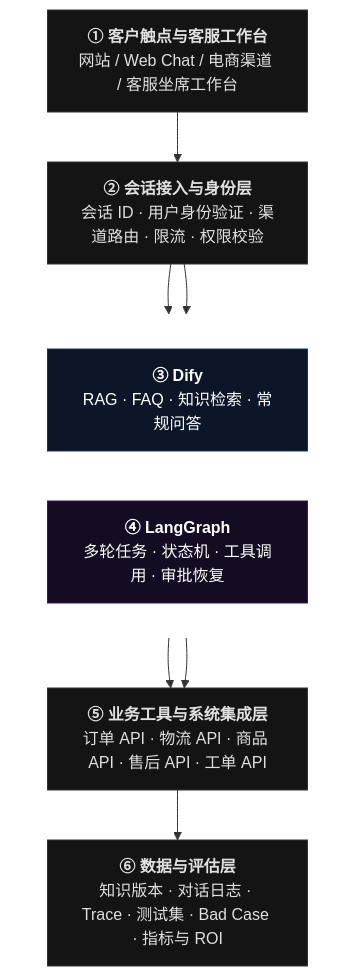
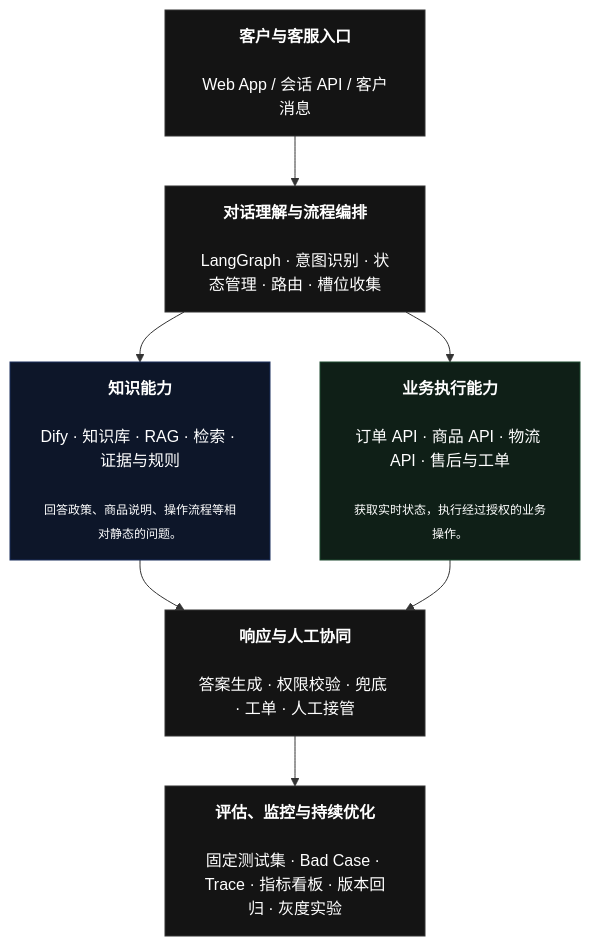
One commit to ArlesZhang/AICustomerService changed the first of 2 diagrams in README.md. Above: the diagram before and after it, drawn with Mermaid. The commit also changed other lines of this file and 11 other files, not shown here.

Commit message:
docs:add dir docs/roadmap/ as step by step plan of the project

````diff
--- a/README.md
+++ b/README.md
@@ -86,30 +88,25 @@
 ```mermaid
 flowchart TD
-    %% 统一样式定义
-    classDef default fill:#141414,stroke:#333333,stroke-width:1px,color:#e0e0e0;
-    classDef darkBlue fill:#0d1629,stroke:#1a2f5c,stroke-width:1px,color:#ffffff;
-    classDef darkPurple fill:#150b23,stroke:#381a5c,stroke-width:1px,color:#ffffff;
+    %% 基础样式：深色背景，浅色文字
+    classDef default fill:#141414,stroke:#333333,stroke-width:1px,color:#ffffff;
+    classDef blueBox fill:#0d1629,stroke:#1a2f5c,stroke-width:1px,color:#ffffff;
+    classDef greenBox fill:#0f1f17,stroke:#1f4a31,stroke-width:1px,color:#ffffff;
 
-    %% 节点定义
-    N1["<b>① 客户触点与客服工作台</b><br>网站 / Web Chat / 电商渠道 / 客服坐席工作台"]
-    N2["<b>② 会话接入与身份层</b><br>会话 ID · 用户身份验证 · 渠道路由 · 限流 · 权限校验"]
+    %% 节点与内容
+    N1["<b>客户与客服入口</b><br><br>Web App / 会话 API / 客户消息"]
+    N2["<b>对话理解与流程编排</b><br><br>LangGraph · 意图识别 · 状态管理 · 路由 · 槽位收集"]
     
-    %% 使用 subgraph 实现并排布局
-    subgraph ParallelLayer [" "]
-        direction LR
-        N3["<b>③ Dify</b><br>RAG · FAQ · 知识检索 · 常规问答"]:::darkBlue
-        N4["<b>④ LangGraph</b><br>多轮任务 · 状态机 · 工具调用 · 审批恢复"]:::darkPurple
-    end
-    style ParallelLayer fill:none,stroke:none
+    N3["<b>知识能力</b><br><br>Dify · 知识库 · RAG · 检索 · 证据与规则<br><br><span style='font-size:12px;color:#a0a0a0'>回答政策、商品说明、操作流程等相对静态的问题。</span>"]:::blueBox
+    N4["<b>业务执行能力</b><br><br>订单 API · 商品 API · 物流 API · 售后与工单<br><br><span style='font-size:12px;color:#a0a0a0'>获取实时状态，执行经过授权的业务操作。</span>"]:::greenBox
 
-    N5["<b>⑤ 业务工具与系统集成层</b><br>订单 API · 物流 API · 商品 API · 售后 API · 工单 API"]
-    N6["<b>⑥ 数据与评估层</b><br>知识版本 · 对话日志 · Trace · 测试集 · Bad Case · 指标与 ROI"]
+    N5["<b>响应与人工协同</b><br><br>答案生成 · 权限校验 · 兜底 · 工单 · 人工接管"]
+    N6["<b>评估、监控与持续优化</b><br><br>固定测试集 · Bad Case · Trace · 指标看板 · 版本回归 · 灰度实验"]
 
-    %% 连接线
+    %% 连线逻辑
     N1 --> N2
     N2 --> N3
     N2 --> N4
     N3 --> N5
     N4 --> N5
     N5 --> N6
 ```
````
